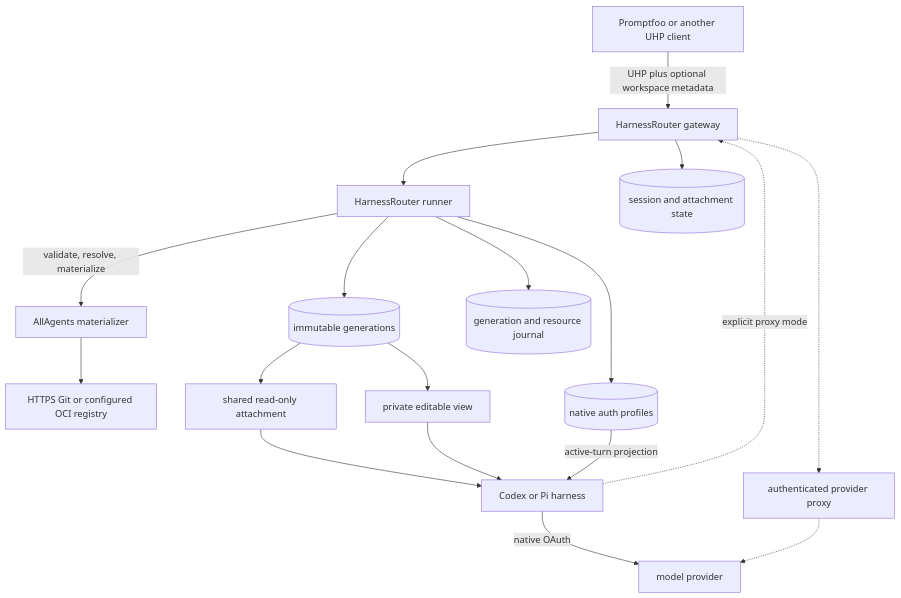
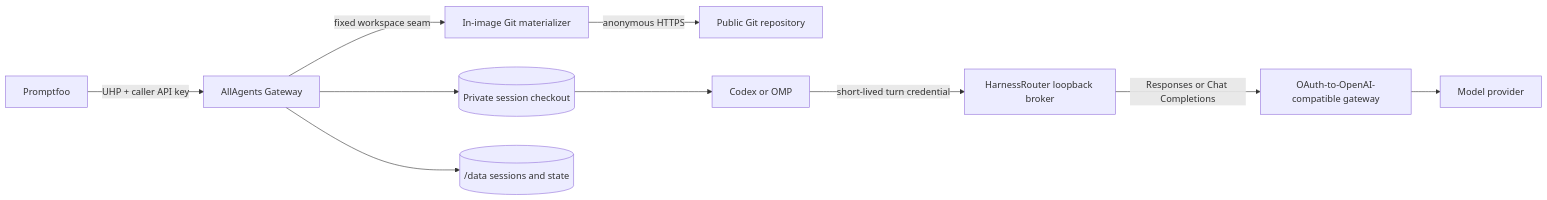
Before and after one commit to allagentsdev/allagents: the diagram in docs/decisions/0002-adopt-uhp-through-harnessrouter.md, drawn with Mermaid. The commit also changed other lines of this file and 1 other file, not shown here.

Commit message:
docs(gateway): narrow v1 architecture

````diff
--- a/docs/decisions/0002-adopt-uhp-through-harnessrouter.md
+++ b/docs/decisions/0002-adopt-uhp-through-harnessrouter.md
@@ -100,20 +28,12 @@
 ```mermaid
-flowchart TB
-  CLIENT[Promptfoo or another UHP client] -->|UHP plus optional workspace metadata| GATEWAY[HarnessRouter gateway]
-  GATEWAY --> RUNNER[HarnessRouter runner]
-  RUNNER -->|validate, resolve, materialize| MATERIALIZER[AllAgents materializer]
-  MATERIALIZER --> SOURCE[HTTPS Git or configured OCI registry]
-  RUNNER --> GENERATION[(immutable generations)]
-  GENERATION --> READONLY[shared read-only attachment]
-  GENERATION --> EDITABLE[private editable view]
-  READONLY --> HARNESS[Codex or Pi harness]
-  EDITABLE --> HARNESS
-  RUNNER --> AUTH[(native auth profiles)]
-  AUTH -->|active-turn projection| HARNESS
-  HARNESS -->|native OAuth| PROVIDER[model provider]
-  HARNESS -.->|explicit proxy mode| GATEWAY
-  GATEWAY -.-> PROXY[authenticated provider proxy]
-  PROXY -.-> PROVIDER
-  GATEWAY --> SESSION[(session and attachment state)]
-  RUNNER --> RESOURCE[(generation and resource journal)]
+flowchart LR
+  P[Promptfoo] -->|UHP + caller API key| A[AllAgents Gateway]
+  A -->|fixed workspace seam| M[In-image Git materializer]
+  M -->|anonymous HTTPS| G[Public Git repository]
+  A --> C[(Private session checkout)]
+  C --> H[Codex or OMP]
+  H -->|short-lived turn credential| B[HarnessRouter loopback broker]
+  B -->|Responses or Chat Completions| O[OAuth-to-OpenAI-compatible gateway]
+  O --> V[Model provider]
+  A --> D[(/data sessions and state)]
 ```
````
